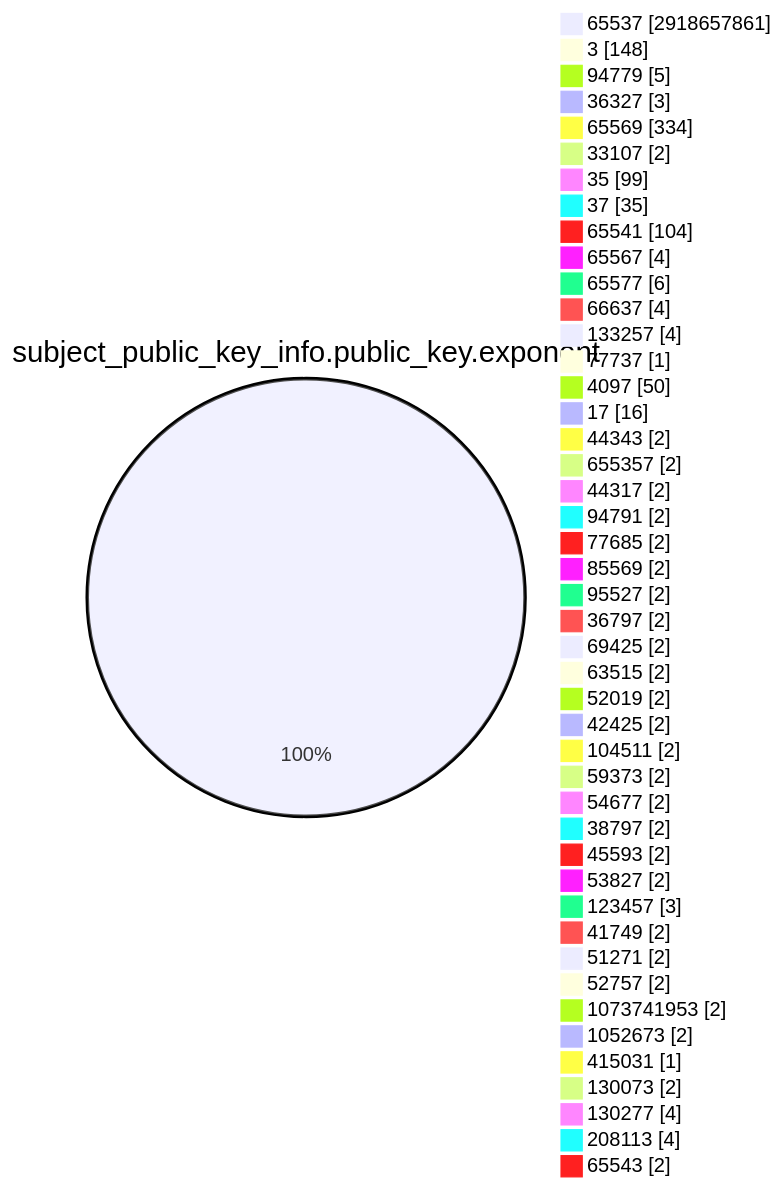
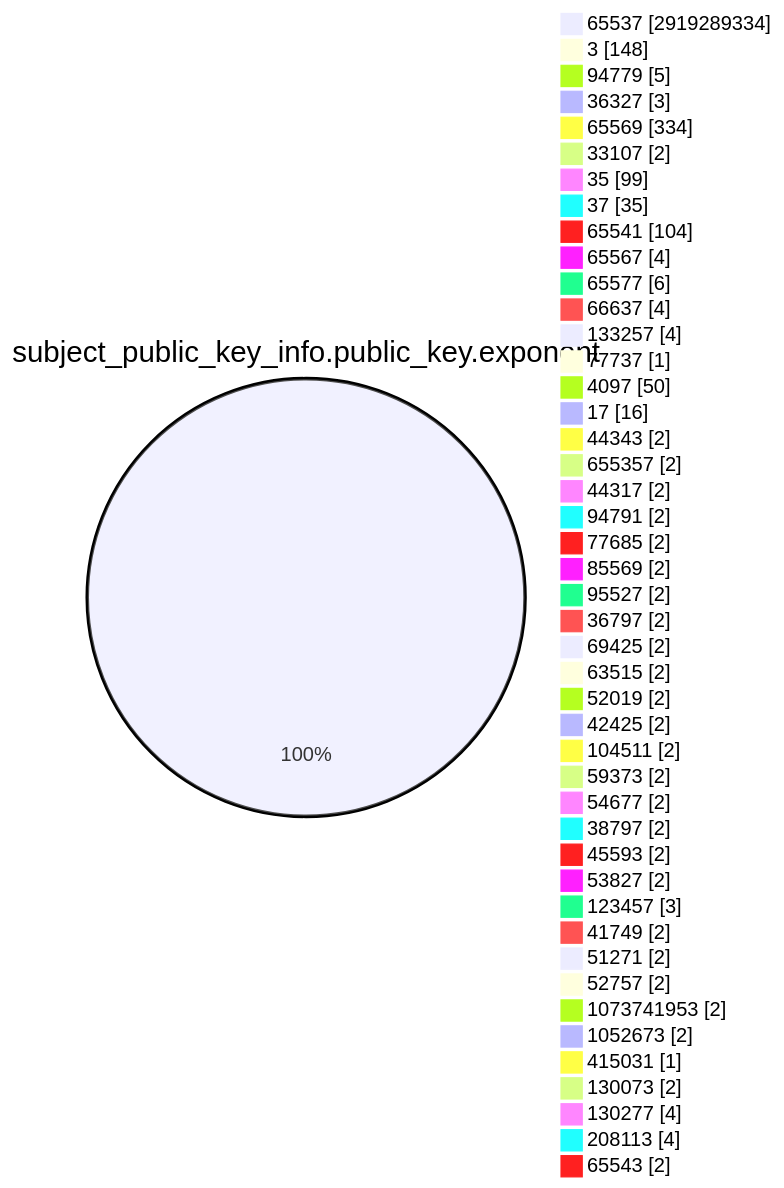
The fourth of 15 diagrams in TOTAL/README.md (christiankrug/ctmonitor_visualization), drawn with Mermaid before and after one commit. The commit also changed other lines of this file, not shown here.

````diff
--- a/TOTAL/README.md
+++ b/TOTAL/README.md
@@ -1469,49 +1469,49 @@
 ```mermaid
 pie showData
 title subject_public_key_info.public_key.exponent
-"65537" :2918657861
+"65537" :2919289334
 "3" :148
 "94779" :5
 "36327" :3
 "65569" :334
 "33107" :2
 "35" :99
 "37" :35
 "65541" :104
 "65567" :4
 "65577" :6
 "66637" :4
 "133257" :4
 "77737" :1
 "4097" :50
 "17" :16
 "44343" :2
 "655357" :2
 "44317" :2
 "94791" :2
 "77685" :2
 "85569" :2
 "95527" :2
 "36797" :2
 "69425" :2
 "63515" :2
 "52019" :2
 "42425" :2
 "104511" :2
 "59373" :2
 "54677" :2
 "38797" :2
 "45593" :2
 "53827" :2
 "123457" :3
 "41749" :2
 "51271" :2
 "52757" :2
 "1073741953" :2
 "1052673" :2
 "415031" :1
 "130073" :2
 "130277" :4
 "208113" :4
 "65543" :2
 ```
````
